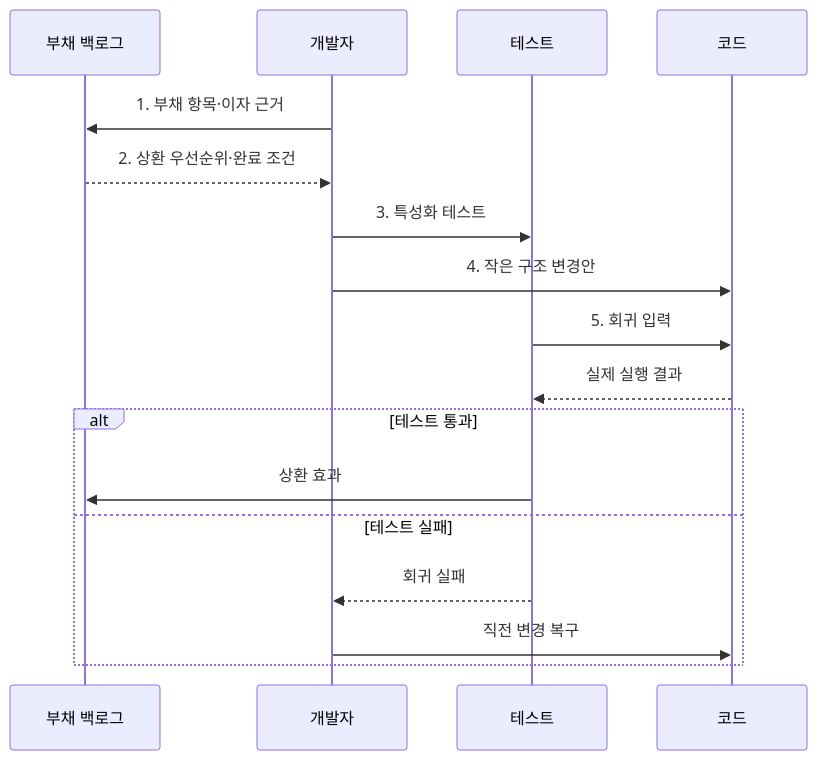
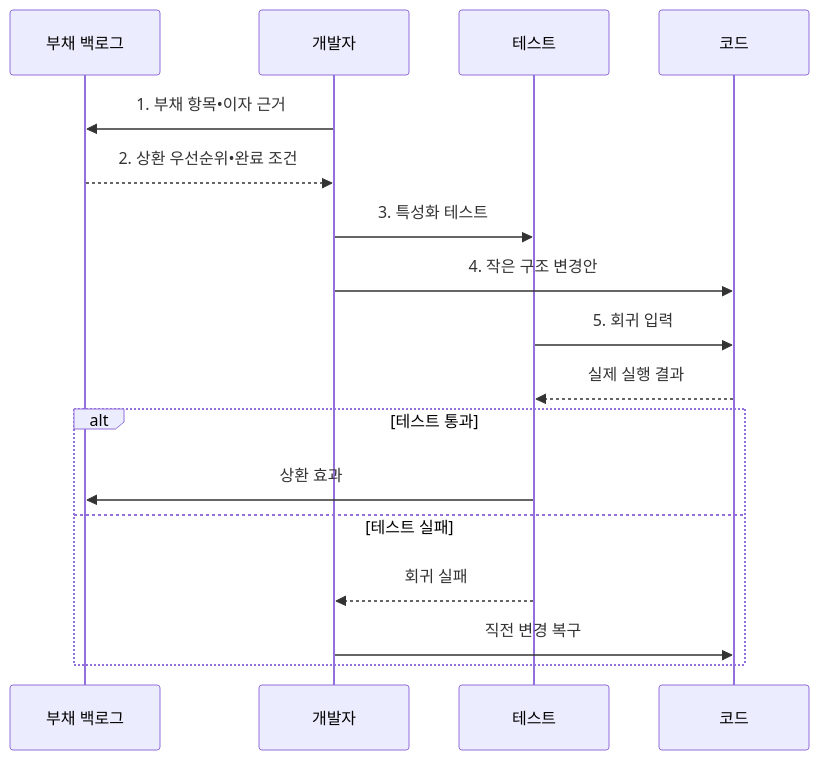
The second of 2 diagrams in src/content/docs/notes/03-software/065_refactoring_technical_debt.md (agnusdei1207/knowledge-base), drawn with Mermaid before and after one commit. The commit also changed other lines of this file and 953 other files, not shown here.

````diff
--- a/src/content/docs/notes/03-software/065_refactoring_technical_debt.md
+++ b/src/content/docs/notes/03-software/065_refactoring_technical_debt.md
@@ -103,19 +103,19 @@
 ```mermaid
 sequenceDiagram
     participant B as 부채 백로그
     participant D as 개발자
     participant T as 테스트
     participant C as 코드
-    D->>B: 1. 부채 항목·이자 근거
-    B-->>D: 2. 상환 우선순위·완료 조건
+    D->>B: 1. 부채 항목•이자 근거
+    B-->>D: 2. 상환 우선순위•완료 조건
     D->>T: 3. 특성화 테스트
     D->>C: 4. 작은 구조 변경안
     T->>C: 5. 회귀 입력
     C-->>T: 실제 실행 결과
     alt 테스트 통과
         T->>B: 상환 효과
     else 테스트 실패
         T-->>D: 회귀 실패
         D->>C: 직전 변경 복구
     end
 ```
````
